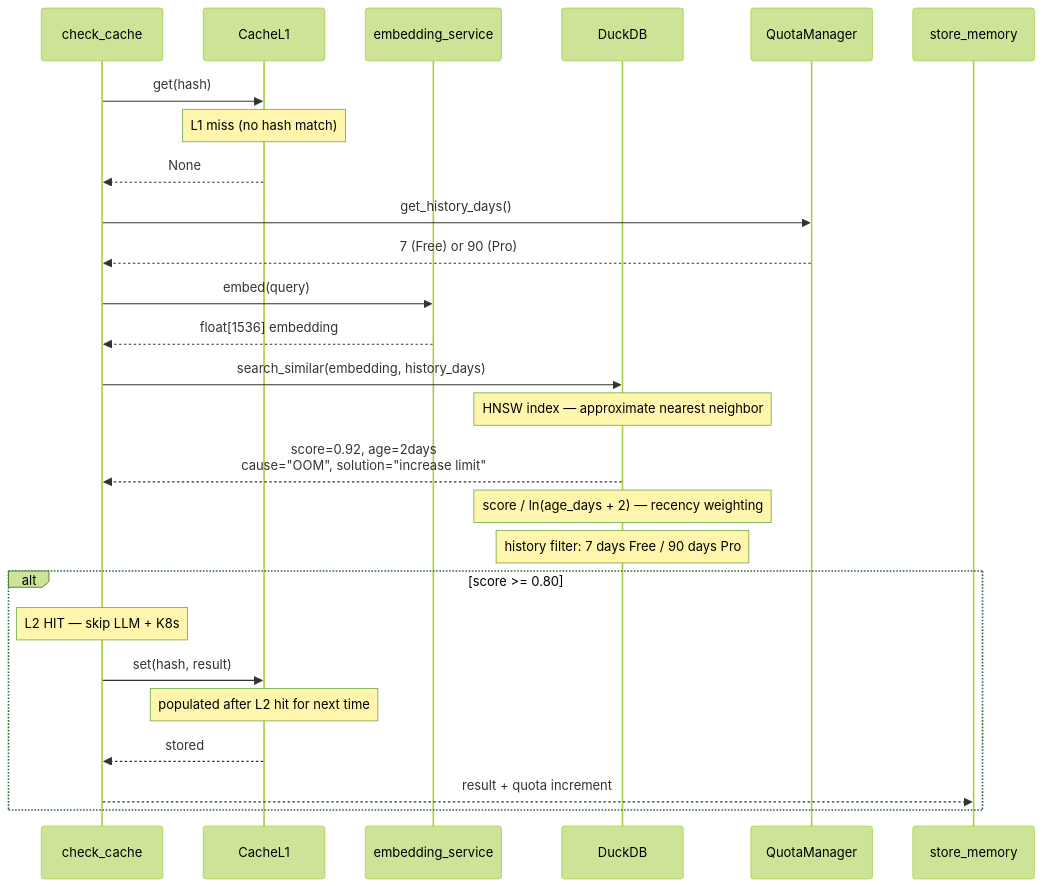
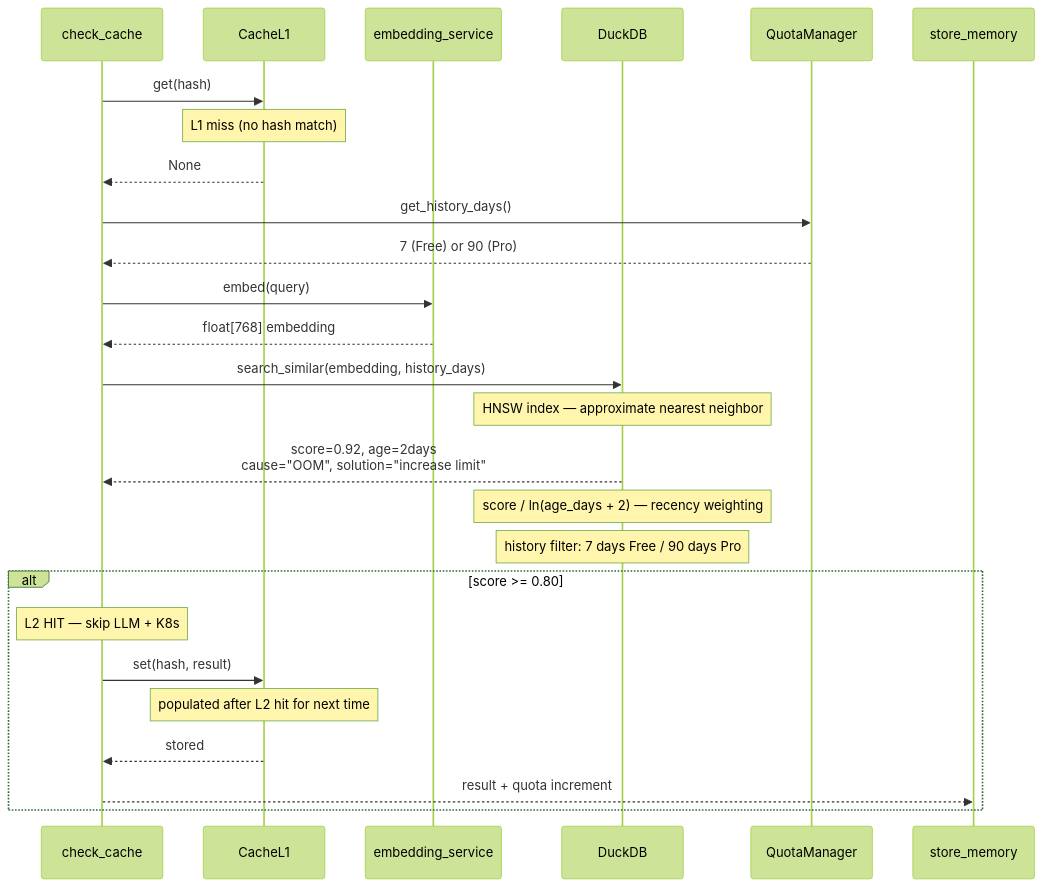
One commit to hexa-tools/hexawyn changed the diagram in docs/architecture/diagrams/cache/02-cache-l2-vss-hit.md. Above: the diagram before and after it, drawn with Mermaid (forest theme). The commit also changed other lines of this file and 32 other files, not shown here.

````diff
--- a/docs/architecture/diagrams/cache/02-cache-l2-vss-hit.md
+++ b/docs/architecture/diagrams/cache/02-cache-l2-vss-hit.md
@@ -5,38 +5,38 @@
 ```mermaid
 sequenceDiagram
     participant check_cache
     participant CacheL1
     participant ES as embedding_service
     participant DuckDB
     participant QM as QuotaManager
     participant store_memory
 
     check_cache->>CacheL1: get(hash)
     Note over CacheL1: L1 miss (no hash match)
     CacheL1-->>check_cache: None
 
     check_cache->>QM: get_history_days()
     QM-->>check_cache: 7 (Free) or 90 (Pro)
 
     check_cache->>ES: embed(query)
-    ES-->>check_cache: float[1536] embedding
+    ES-->>check_cache: float[768] embedding
 
     check_cache->>DuckDB: search_similar(embedding, history_days)
 
     Note over DuckDB: HNSW index — approximate nearest neighbor
 
     DuckDB-->>check_cache: score=0.92, age=2days<br/>cause="OOM", solution="increase limit"
 
     Note over DuckDB: score / ln(age_days + 2) — recency weighting
     Note over DuckDB: history filter: 7 days Free / 90 days Pro
 
     alt score >= 0.80
         Note over check_cache: L2 HIT — skip LLM + K8s
 
         check_cache->>CacheL1: set(hash, result)
         Note over CacheL1: populated after L2 hit for next time
         CacheL1-->>check_cache: stored
 
         check_cache-->>store_memory: result + quota increment
     end
 ```
````
